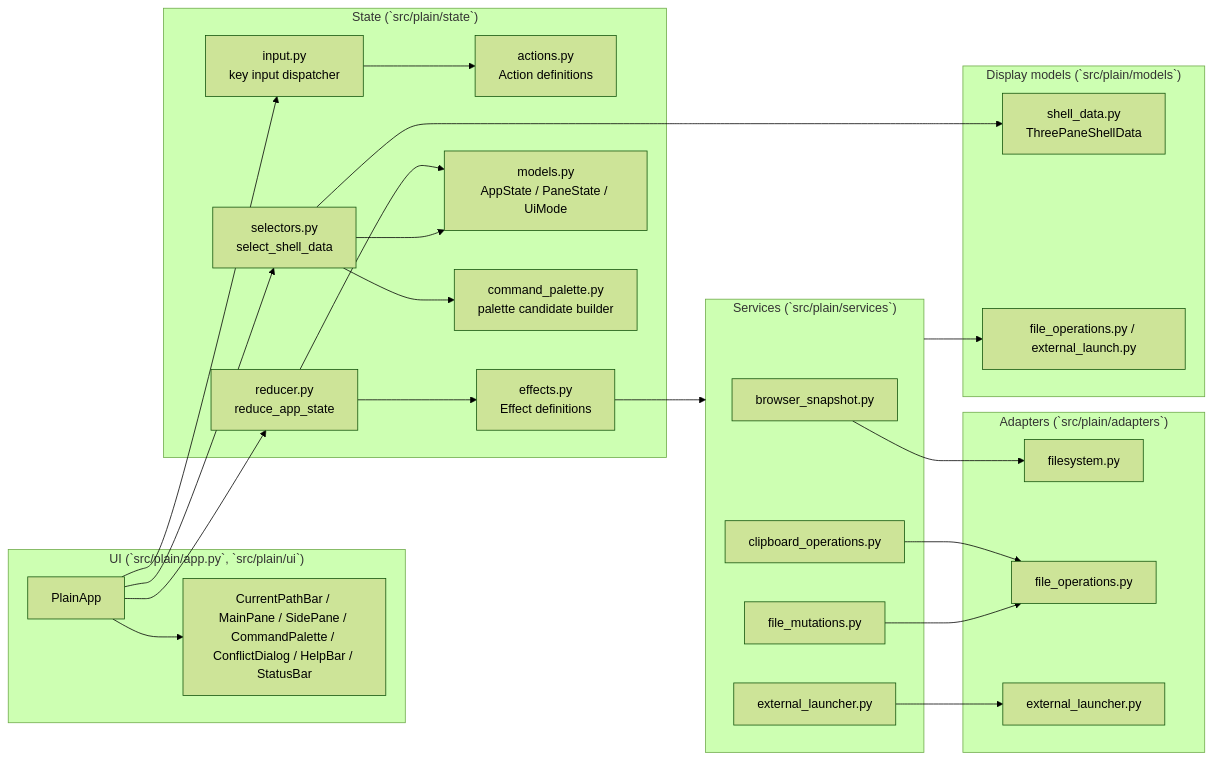
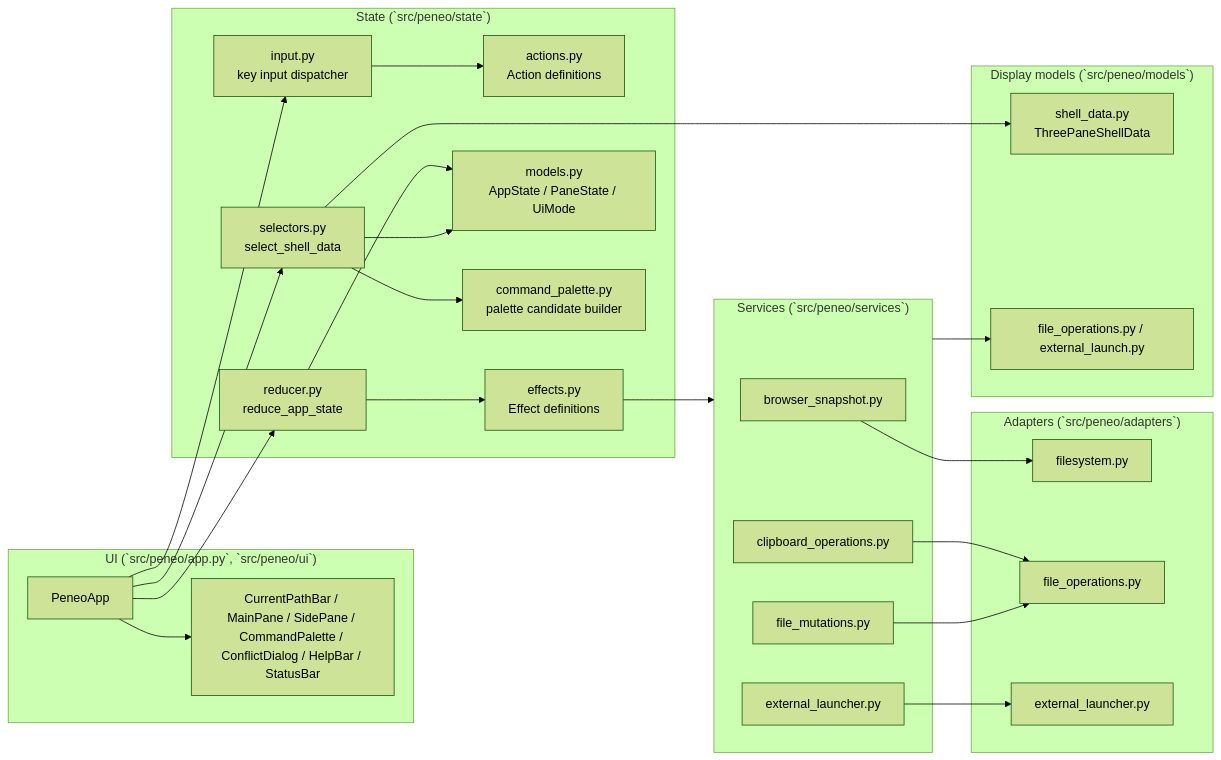
The first of 4 diagrams in docs/architecture.en.md (devgamesan/zivo), drawn with Mermaid (forest theme) before and after one commit. The commit also changed other lines of this file and 9 other files, not shown here.

````diff
--- a/docs/architecture.en.md
+++ b/docs/architecture.en.md
@@ -21,52 +21,52 @@
 ```mermaid
 flowchart LR
-    subgraph UI["UI (`src/plain/app.py`, `src/plain/ui`)"]
-        App["PlainApp"]
+    subgraph UI["UI (`src/peneo/app.py`, `src/peneo/ui`)"]
+        App["PeneoApp"]
         Widgets["CurrentPathBar / MainPane / SidePane / CommandPalette / ConflictDialog / HelpBar / StatusBar"]
     end
 
-    subgraph State["State (`src/plain/state`)"]
+    subgraph State["State (`src/peneo/state`)"]
         Input["input.py\nkey input dispatcher"]
         Actions["actions.py\nAction definitions"]
         Reducer["reducer.py\nreduce_app_state"]
         Effects["effects.py\nEffect definitions"]
         Selectors["selectors.py\nselect_shell_data"]
         Models["models.py\nAppState / PaneState / UiMode"]
         Palette["command_palette.py\npalette candidate builder"]
     end
 
-    subgraph Services["Services (`src/plain/services`)"]
+    subgraph Services["Services (`src/peneo/services`)"]
         Snapshot["browser_snapshot.py"]
         Clipboard["clipboard_operations.py"]
         Mutations["file_mutations.py"]
         Launch["external_launcher.py"]
     end
 
-    subgraph Adapters["Adapters (`src/plain/adapters`)"]
+    subgraph Adapters["Adapters (`src/peneo/adapters`)"]
         FS["filesystem.py"]
         FileOps["file_operations.py"]
         External["external_launcher.py"]
     end
 
-    subgraph Display["Display models (`src/plain/models`)"]
+    subgraph Display["Display models (`src/peneo/models`)"]
         Shell["shell_data.py\nThreePaneShellData"]
         Domain["file_operations.py / external_launch.py"]
     end
 
     App --> Input
     Input --> Actions
     App --> Reducer
     Reducer --> Models
     Reducer --> Effects
     App --> Selectors
     Selectors --> Models
     Selectors --> Palette
     Selectors --> Shell
     App --> Widgets
     Effects --> Services
     Snapshot --> FS
     Clipboard --> FileOps
     Mutations --> FileOps
     Launch --> External
     Services --> Domain
 ```
````
